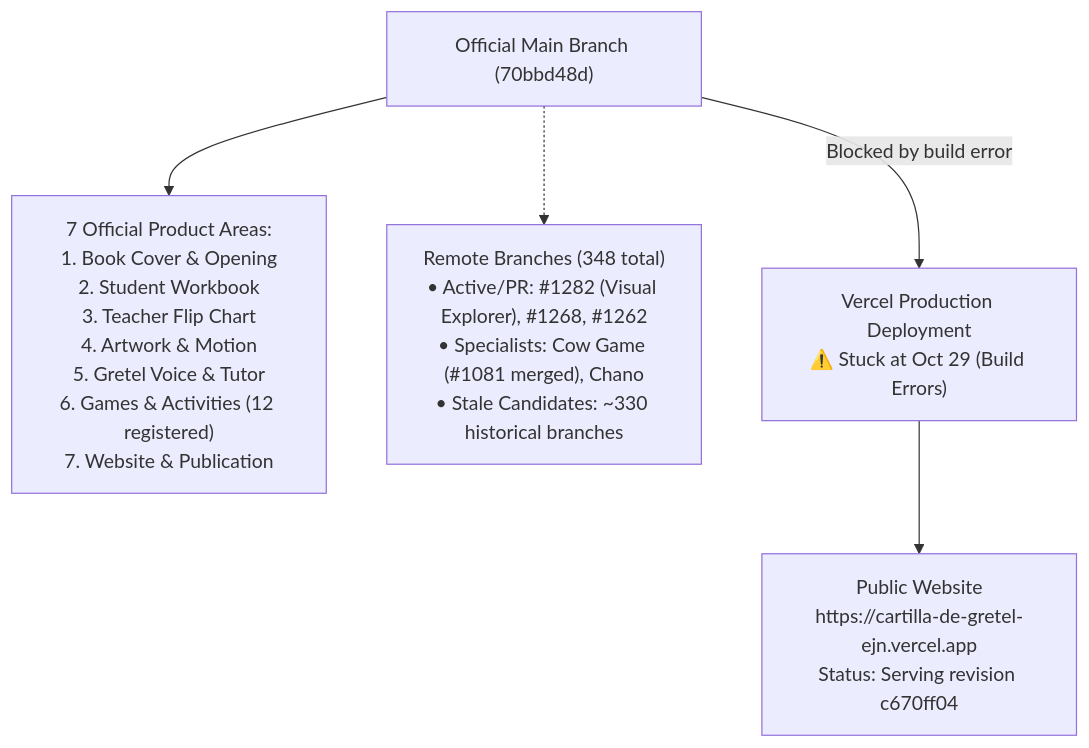
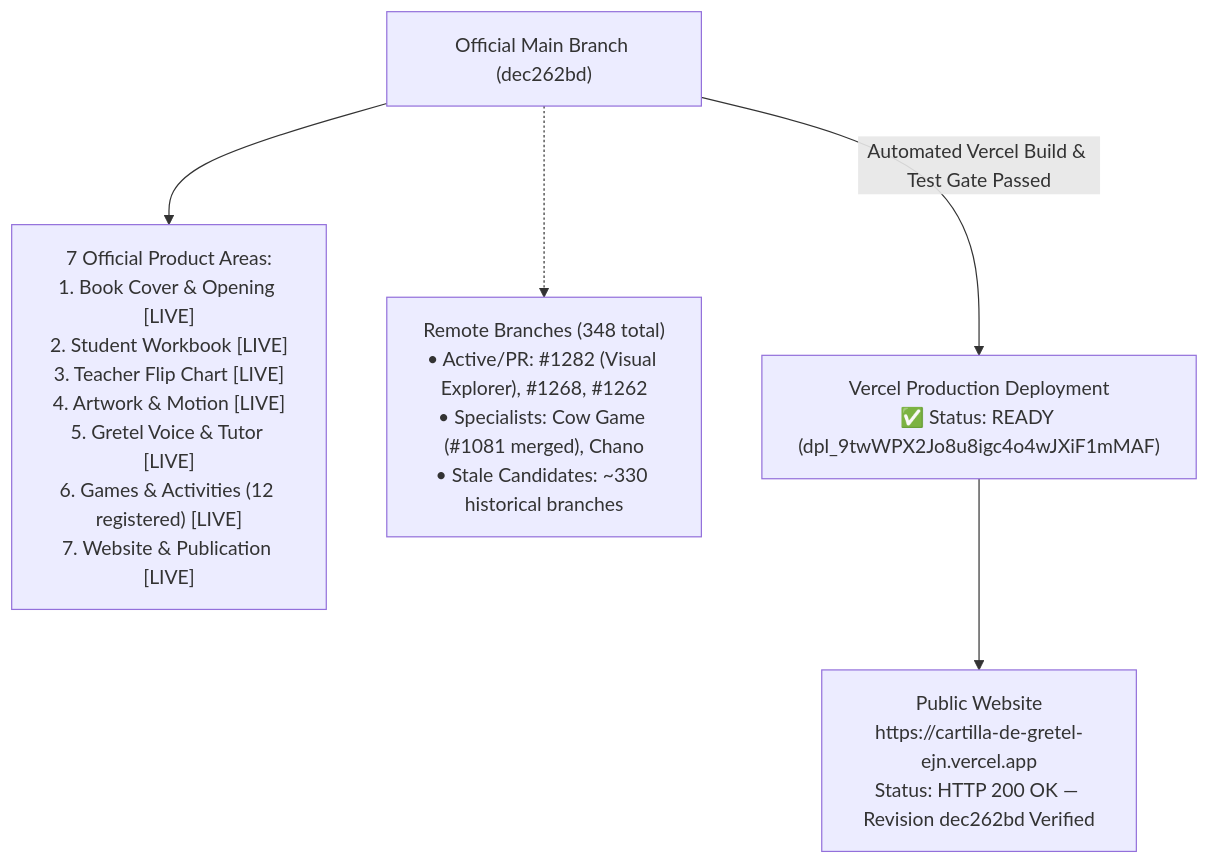
Before and after one commit to ejnburrows-rgb/cartilla-de-gretel: the first of 2 diagrams in docs/OWNER-VISUAL-STATUS.md, drawn with Mermaid. The commit also changed other lines of this file, not shown here.

Commit message:
docs: update owner visual status reflecting verified live production deployment (#1286)

````diff
--- a/docs/OWNER-VISUAL-STATUS.md
+++ b/docs/OWNER-VISUAL-STATUS.md
@@ -15,13 +16,13 @@
 ```mermaid
 flowchart TD
-    MAIN["Official Main Branch (70bbd48d)"]
-    AREAS["7 Official Product Areas:<br/>1. Book Cover & Opening<br/>2. Student Workbook<br/>3. Teacher Flip Chart<br/>4. Artwork & Motion<br/>5. Gretel Voice & Tutor<br/>6. Games & Activities (12 registered)<br/>7. Website & Publication"]
+    MAIN["Official Main Branch (dec262bd)"]
+    AREAS["7 Official Product Areas:<br/>1. Book Cover & Opening [LIVE]<br/>2. Student Workbook [LIVE]<br/>3. Teacher Flip Chart [LIVE]<br/>4. Artwork & Motion [LIVE]<br/>5. Gretel Voice & Tutor [LIVE]<br/>6. Games & Activities (12 registered) [LIVE]<br/>7. Website & Publication [LIVE]"]
     BRANCHES["Remote Branches (348 total)<br/>• Active/PR: #1282 (Visual Explorer), #1268, #1262<br/>• Specialists: Cow Game (#1081 merged), Chano<br/>• Stale Candidates: ~330 historical branches"]
-    VERCEL["Vercel Production Deployment<br/>⚠️ Stuck at Oct 29 (Build Errors)"]
-    LIVE["Public Website<br/>https://cartilla-de-gretel-ejn.vercel.app<br/>Status: Serving revision c670ff04"]
+    VERCEL["Vercel Production Deployment<br/>✅ Status: READY (dpl_9twWPX2Jo8u8igc4o4wJXiF1mMAF)"]
+    LIVE["Public Website<br/>https://cartilla-de-gretel-ejn.vercel.app<br/>Status: HTTP 200 OK — Revision dec262bd Verified"]
 
     MAIN --> AREAS
     MAIN -.-> BRANCHES
-    MAIN -->|Blocked by build error| VERCEL
+    MAIN -->|Automated Vercel Build & Test Gate Passed| VERCEL
     VERCEL --> LIVE
 ```
````
